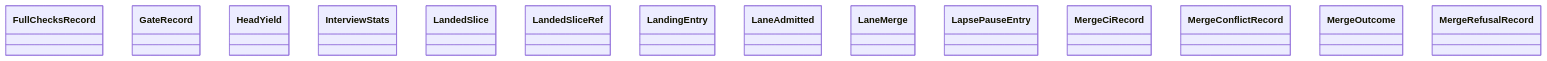
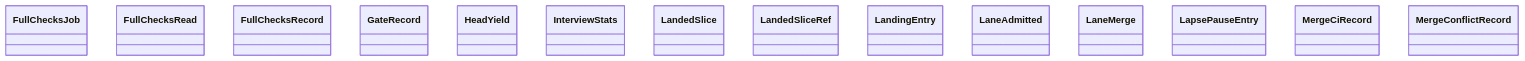
Before and after one commit to GonzaloZevallos/agentic-system: the diagram in docs/architecture/generated/classes-process-domain-state-7.md, drawn with Mermaid. The commit also changed other lines of this file and 11 other files, not shown here.

Commit message:
Register the early_split channel in the reducer test and regenerate the architecture docs

````diff
--- a/docs/architecture/generated/classes-process-domain-state-7.md
+++ b/docs/architecture/generated/classes-process-domain-state-7.md
@@ -32,17 +32,17 @@
 ```mermaid
 classDiagram
+    class task__FullChecksJob["FullChecksJob"]
+    class task__FullChecksRead["FullChecksRead"]
     class task__FullChecksRecord["FullChecksRecord"]
     class task__GateRecord["GateRecord"]
     class task__HeadYield["HeadYield"]
     class task__InterviewStats["InterviewStats"]
     class task__LandedSlice["LandedSlice"]
     class task__LandedSliceRef["LandedSliceRef"]
     class task__LandingEntry["LandingEntry"]
     class task__LaneAdmitted["LaneAdmitted"]
     class task__LaneMerge["LaneMerge"]
     class task__LapsePauseEntry["LapsePauseEntry"]
     class task__MergeCiRecord["MergeCiRecord"]
     class task__MergeConflictRecord["MergeConflictRecord"]
-    class task__MergeOutcome["MergeOutcome"]
-    class task__MergeRefusalRecord["MergeRefusalRecord"]
 ```
````
